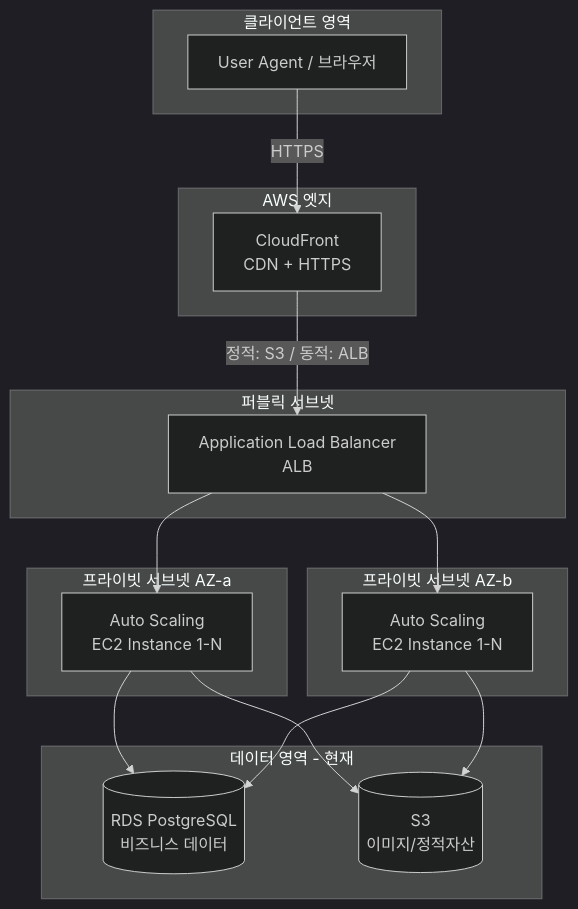
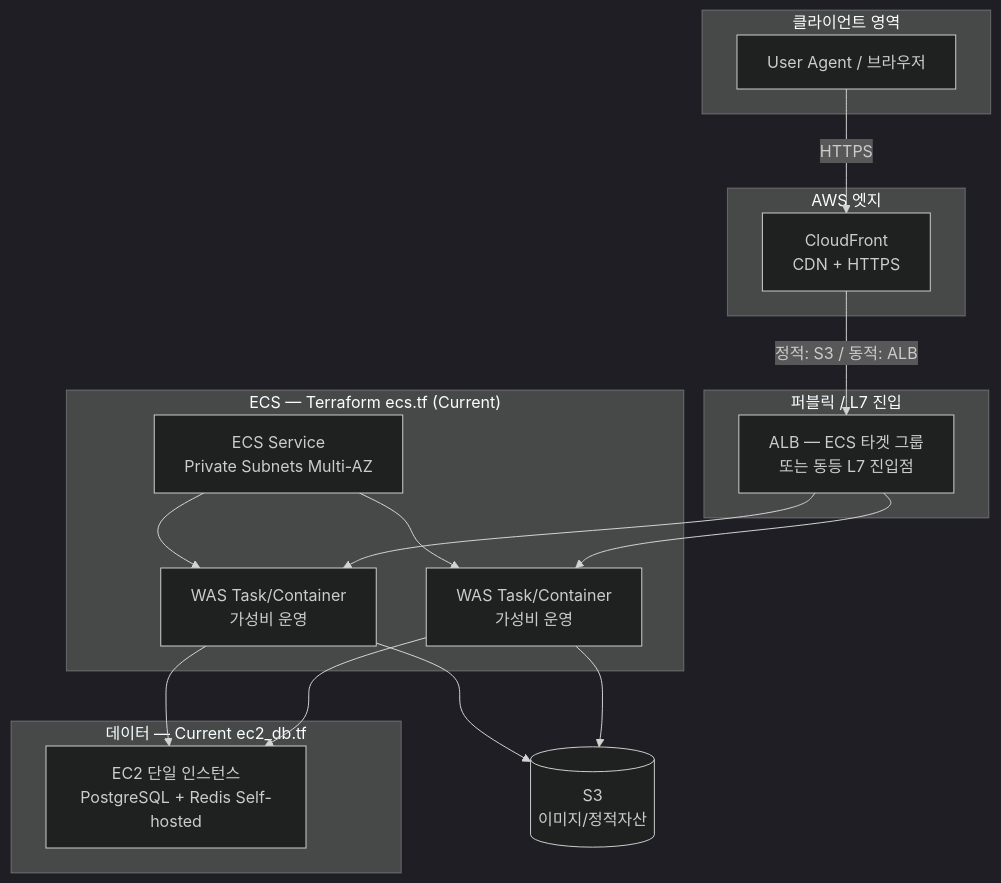
Before and after one commit to kyjness/2-kyjness-community-be: the first of 4 diagrams in docs/infrastructure-reliability-design.md, drawn with Mermaid (dark theme). The commit also changed other lines of this file and 16793 other files, not shown here.

````diff
--- a/docs/infrastructure-reliability-design.md
+++ b/docs/infrastructure-reliability-design.md
@@ -46,36 +45,37 @@
 ```mermaid
 graph TD
     subgraph Client["클라이언트 영역"]
         UA[User Agent / 브라우저]
     end
 
     subgraph AWS_Edge["AWS 엣지"]
         CF[CloudFront<br/>CDN + HTTPS]
     end
 
-    subgraph Public_Subnet["퍼블릭 서브넷"]
-        ALB[Application Load Balancer<br/>ALB]
+    subgraph Public_Subnet["퍼블릭 / L7 진입"]
+        ALB[ALB — ECS 타겟 그룹<br/>또는 동등 L7 진입점]
     end
 
-    subgraph Private_Subnet_AZ1["프라이빗 서브넷 AZ-a"]
-        ASG1[Auto Scaling<br/>EC2 Instance 1-N]
+    subgraph ECS_Plane["ECS — Terraform ecs.tf (Current)"]
+        SVC[ECS Service<br/>Private Subnets Multi-AZ]
+        P1[WAS Task/Container<br/>가성비 운영]
+        P2[WAS Task/Container<br/>가성비 운영]
+        SVC --> P1
+        SVC --> P2
     end
 
-    subgraph Private_Subnet_AZ2["프라이빗 서브넷 AZ-b"]
-        ASG2[Auto Scaling<br/>EC2 Instance 1-N]
+    subgraph Data_Current["데이터 — Current ec2_db.tf"]
+        DBEC2[EC2 단일 인스턴스<br/>PostgreSQL + Redis Self-hosted]
     end
 
-    subgraph Data_Plane["데이터 영역 - 현재"]
-        RDS[(RDS PostgreSQL<br/>비즈니스 데이터)]
-        S3[(S3<br/>이미지/정적자산)]
-    end
+    S3[(S3<br/>이미지/정적자산)]
 
     UA -->|HTTPS| CF
     CF -->|정적: S3 / 동적: ALB| ALB
-    ALB --> ASG1
-    ALB --> ASG2
-    ASG1 --> RDS
-    ASG1 --> S3
-    ASG2 --> RDS
-    ASG2 --> S3
+    ALB --> P1
+    ALB --> P2
+    P1 --> DBEC2
+    P2 --> DBEC2
+    P1 --> S3
+    P2 --> S3
 ```
````
